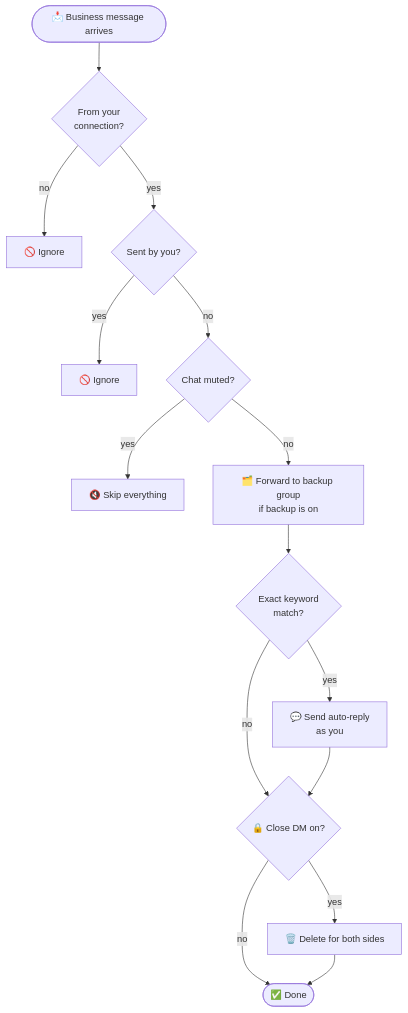
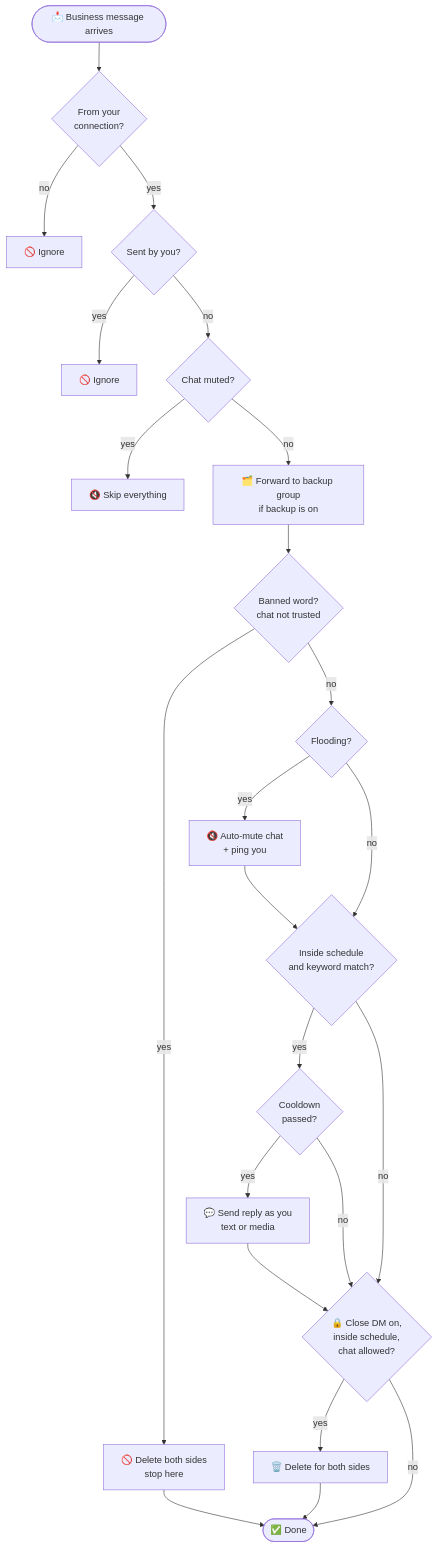
One commit to imhamiddev/Telegram-account-manager changed the second of 6 diagrams in README.md. Above: the diagram before and after it, drawn with Mermaid. The commit also changed other lines of this file, not shown here.

Commit message:
docs(readme): refreshed flow chart, mind map, ER diagram, testing and CI sections

````diff
--- a/README.md
+++ b/README.md
@@ -112,17 +112,25 @@
 ```mermaid
 flowchart TD
     A([📩 Business message arrives]) --> B{From your<br/>connection?}
     B -- no --> X1[🚫 Ignore]
     B -- yes --> C{Sent by you?}
     C -- yes --> X2[🚫 Ignore]
     C -- no --> D{Chat muted?}
     D -- yes --> X3[🔇 Skip everything]
     D -- no --> E[🗂️ Forward to backup group<br/>if backup is on]
-    E --> F{Exact keyword<br/>match?}
-    F -- yes --> G[💬 Send auto-reply<br/>as you]
+    E --> S{Banned word?<br/>chat not trusted}
+    S -- yes --> S1[🚫 Delete both sides<br/>stop here]
+    S -- no --> FL{Flooding?}
+    FL -- yes --> FM[🔇 Auto-mute chat<br/>+ ping you]
+    FL -- no --> F
+    FM --> F{Inside schedule<br/>and keyword match?}
+    F -- yes --> CD{Cooldown<br/>passed?}
+    CD -- yes --> G[💬 Send reply as you<br/>text or media]
+    CD -- no --> H
     F -- no --> H
-    G --> H{🔒 Close DM on?}
+    G --> H{🔒 Close DM on,<br/>inside schedule,<br/>chat allowed?}
     H -- yes --> I[🗑️ Delete for both sides]
     H -- no --> J([✅ Done])
     I --> J
+    S1 --> J
 ```
````
